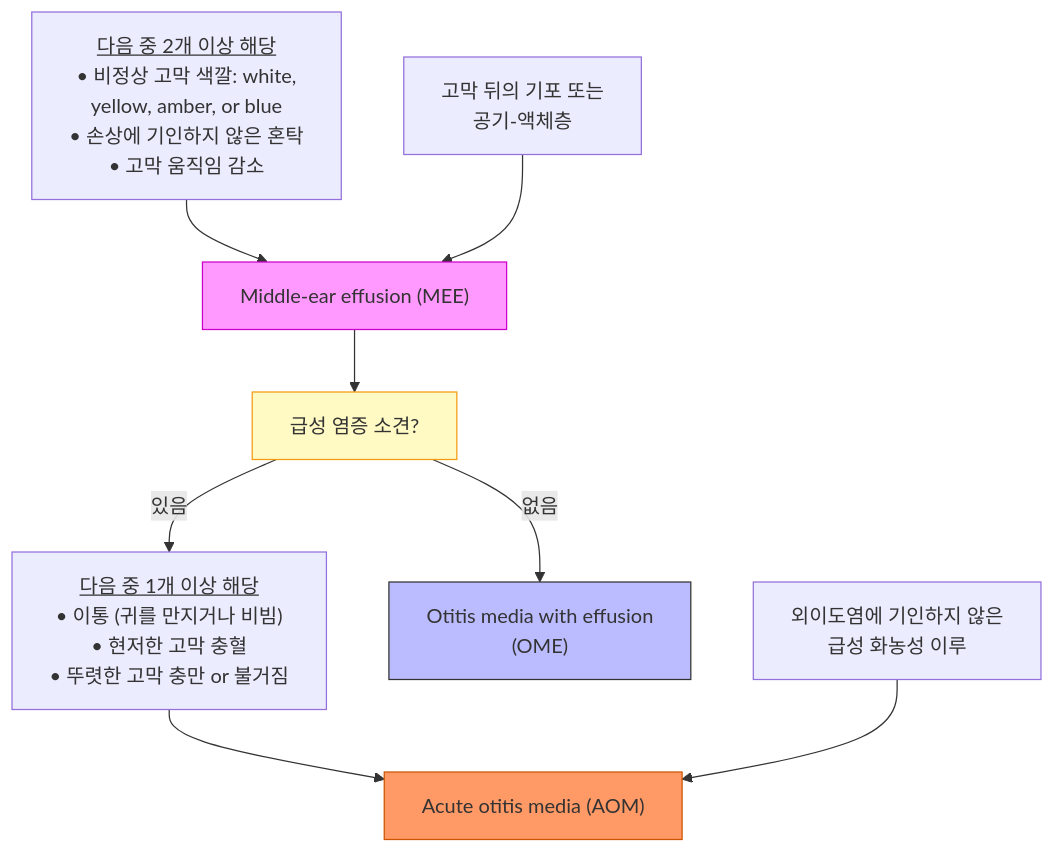
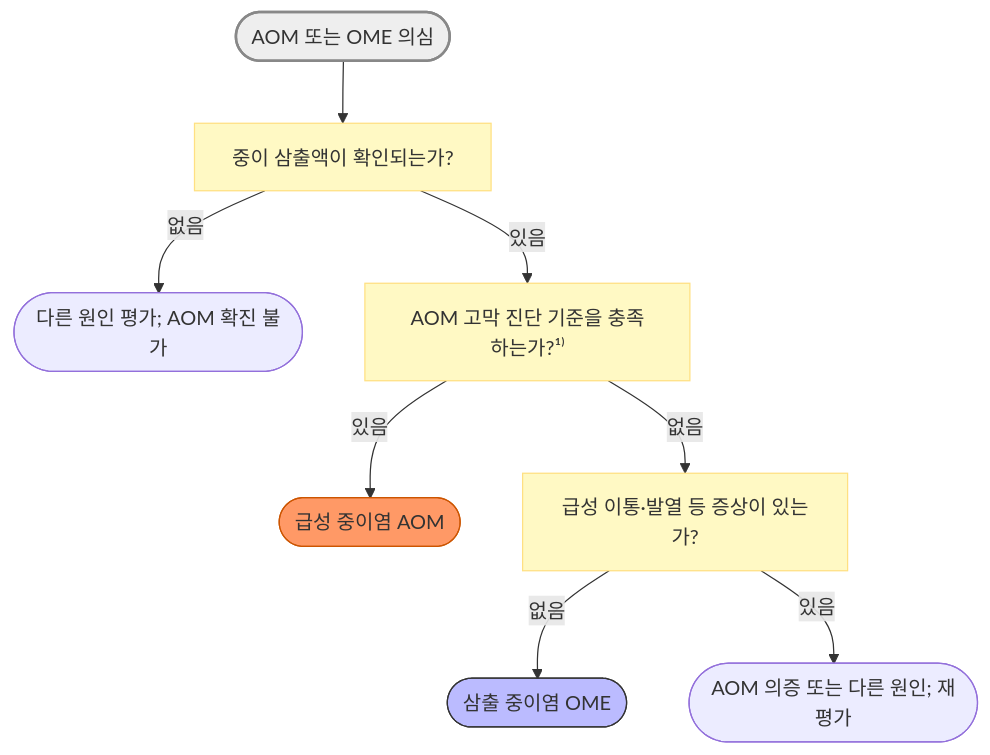
The first of 4 diagrams in 222_/048_-otitis-media.md (familyoh77/familyoh77), drawn with Mermaid before and after one commit. The commit also changed other lines of this file, not shown here.

````diff
--- a/222_/048_-otitis-media.md
+++ b/222_/048_-otitis-media.md
@@ -142,31 +141,15 @@
 ```mermaid
 graph TD
-    A1["<u>다음 중 2개 이상 해당</u><br/>• 비정상 고막 색깔: white, <br/>yellow, amber, or blue<br/>• 손상에 기인하지 않은 혼탁<br/>• 고막 움직임 감소"]
-    A2["고막 뒤의 기포 또는<br/>공기-액체층"]
-    A3["외이도염에 기인하지 않은<br/>급성 화농성 이루"]
-
-    %% 진단명 박스 설정 (색상 추가)
-    MEE["Middle-ear effusion (MEE)"]
-    OME["Otitis media with effusion <br/>(OME)"]
-    AOM["Acute otitis media (AOM)"]
-    
-    style MEE fill:#ff99ff,stroke:#cc00cc
+    Start(["AOM 또는 OME 의심"]) --> Effusion["중이 삼출액이 확인되는가?"]
+    Effusion -- 없음 --> Other(["다른 원인 평가; AOM 확진 불가"])
+    Effusion -- 있음 --> Criteria["AOM 고막 진단 기준을 충족하는가?¹⁾"]
+    Criteria -- 있음 --> AOM(["급성 중이염 AOM"])
+    Criteria -- 없음 --> Acute["급성 이통·발열 등 증상이 있는가?"]
+    Acute -- 없음 --> OME(["삼출 중이염 OME"])
+    Acute -- 있음 --> Uncertain(["AOM 의증 또는 다른 원인; 재평가"])
+    style Start fill:#eeeeee,stroke:#888888,stroke-width:2px
+    style AOM fill:#ff9966,stroke:#cc5500
     style OME fill:#bbf,stroke:#333
-    style AOM fill:#ff9966,stroke:#cc5500
-    style Inflam fill:#fff9c4,stroke:#f39c12
-
-    Inflam["급성 염증 소견?"]
-    
-    B1["<u>다음 중 1개 이상 해당</u><br/>• 이통 (귀를 만지거나 비빔)<br/>• 현저한 고막 충혈<br/>• 뚜렷한 고막 충만 or 불거짐"]
-
-    A1 --> MEE
-    A2 --> MEE
-    
-    MEE --> Inflam
-    
-    Inflam -- 없음 --> OME
-    Inflam -- 있음 --> B1
-    
-    B1 --> AOM
-    A3 --> AOM
+    classDef q fill:#fff9c4,stroke:#ffe082
+    class Effusion,Criteria,Acute q
 ```
````
